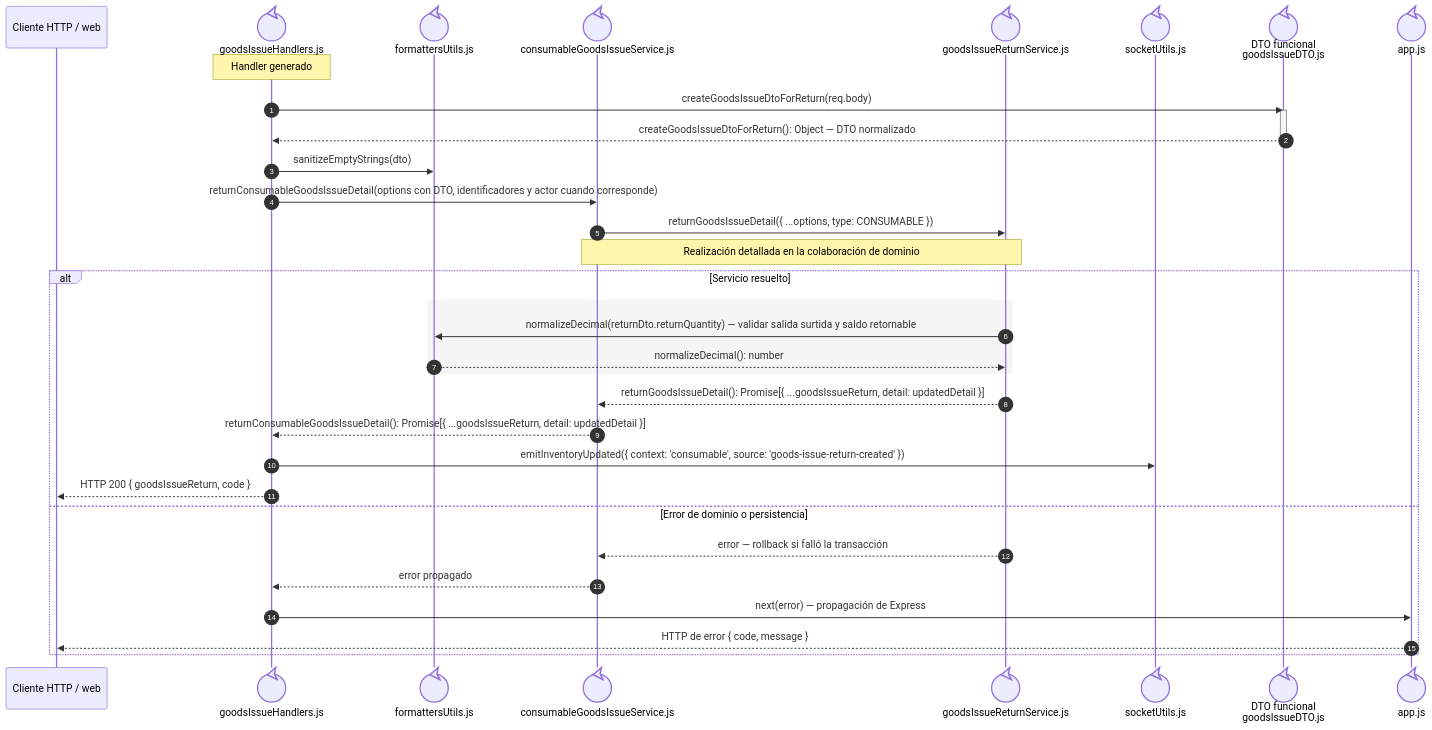
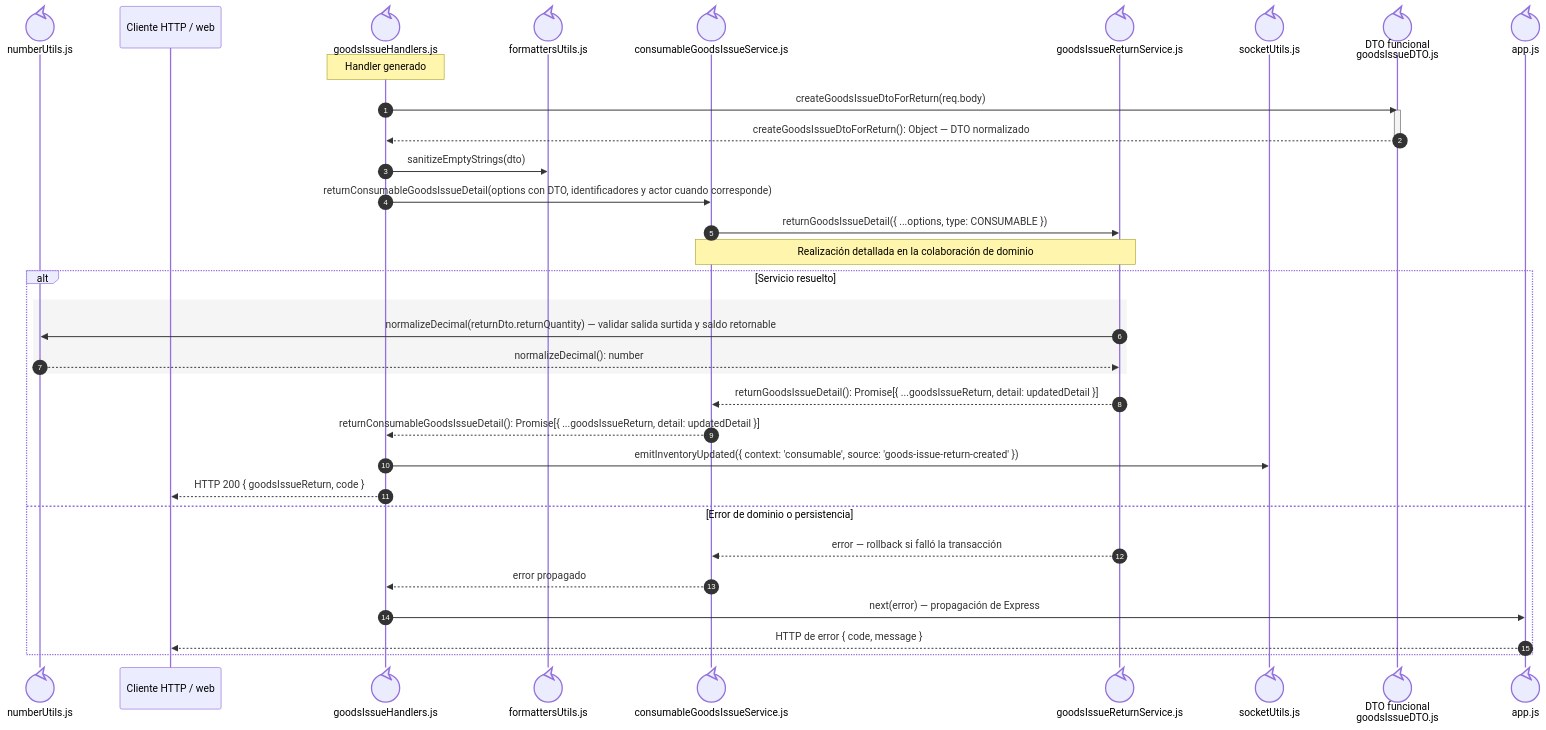
Before and after one commit to gpgsistemas01/nexus: the third of 6 diagrams in docs/architecture/views/processes/backend-code-sequences/issues/cu-sal-20.md, drawn with Mermaid. The commit also changed other lines of this file and 240 other files, not shown here.

````diff
--- a/docs/architecture/views/processes/backend-code-sequences/issues/cu-sal-20.md
+++ b/docs/architecture/views/processes/backend-code-sequences/issues/cu-sal-20.md
@@ -119,37 +120,38 @@
 ```mermaid
 sequenceDiagram
+    participant Numbers@{ "type": "control" } as numberUtils.js
     autonumber
     participant Client as Cliente HTTP / web
     participant Controller@{ "type": "control" } as goodsIssueHandlers.js
     participant Formatter@{ "type": "control" } as formattersUtils.js
     participant Facade@{ "type": "control" } as consumableGoodsIssueService.js
     participant Core@{ "type": "control" } as goodsIssueReturnService.js
     participant Socket@{ "type": "control" } as socketUtils.js
     participant DTO@{ "type": "control" } as DTO funcional<br/>goodsIssueDTO.js
     participant ErrorHandler@{ "type": "control" } as app.js
 
     Note over Controller: Handler generado
     Controller->>DTO: createGoodsIssueDtoForReturn(req.body)
     activate DTO
     DTO-->>Controller: createGoodsIssueDtoForReturn(): Object — DTO normalizado
     deactivate DTO
     Controller->>Formatter: sanitizeEmptyStrings(dto)
     Controller->>Facade: returnConsumableGoodsIssueDetail(options con DTO, identificadores y actor cuando corresponde)
     Facade->>Core: returnGoodsIssueDetail({ ...options, type: CONSUMABLE })
     Note over Facade,Core: Realización detallada en la colaboración de dominio
     alt Servicio resuelto
         rect rgb(245, 245, 245)
-            Core->>Formatter: normalizeDecimal(returnDto.returnQuantity) — validar salida surtida y saldo retornable
-            Formatter-->>Core: normalizeDecimal(): number
+            Core->>Numbers: normalizeDecimal(returnDto.returnQuantity) — validar salida surtida y saldo retornable
+            Numbers-->>Core: normalizeDecimal(): number
     end
         Core-->>Facade: returnGoodsIssueDetail(): Promise[{ ...goodsIssueReturn, detail: updatedDetail }]
         Facade-->>Controller: returnConsumableGoodsIssueDetail(): Promise[{ ...goodsIssueReturn, detail: updatedDetail }]
         Controller->>Socket: emitInventoryUpdated({ context: 'consumable', source: 'goods-issue-return-created' })
         Controller-->>Client: HTTP 200 { goodsIssueReturn, code }
     else Error de dominio o persistencia
         Core-->>Facade: error — rollback si falló la transacción
         Facade-->>Controller: error propagado
         Controller->>ErrorHandler: next(error) — propagación de Express
         ErrorHandler-->>Client: HTTP de error { code, message }
     end
 ```
````
